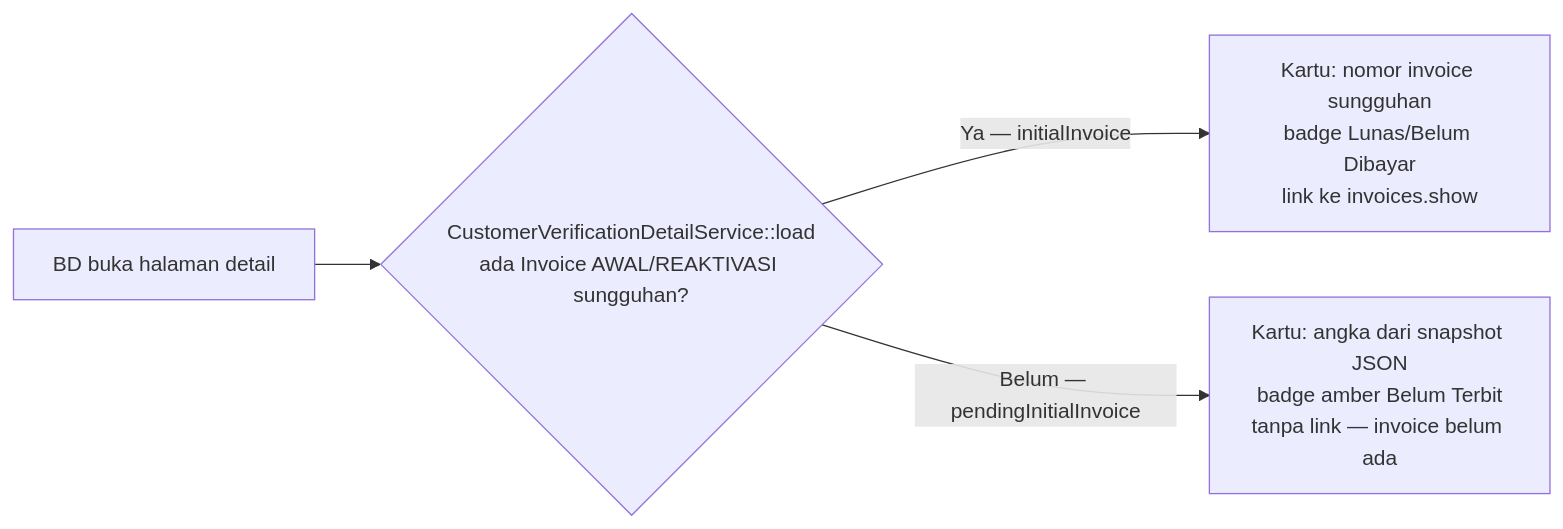
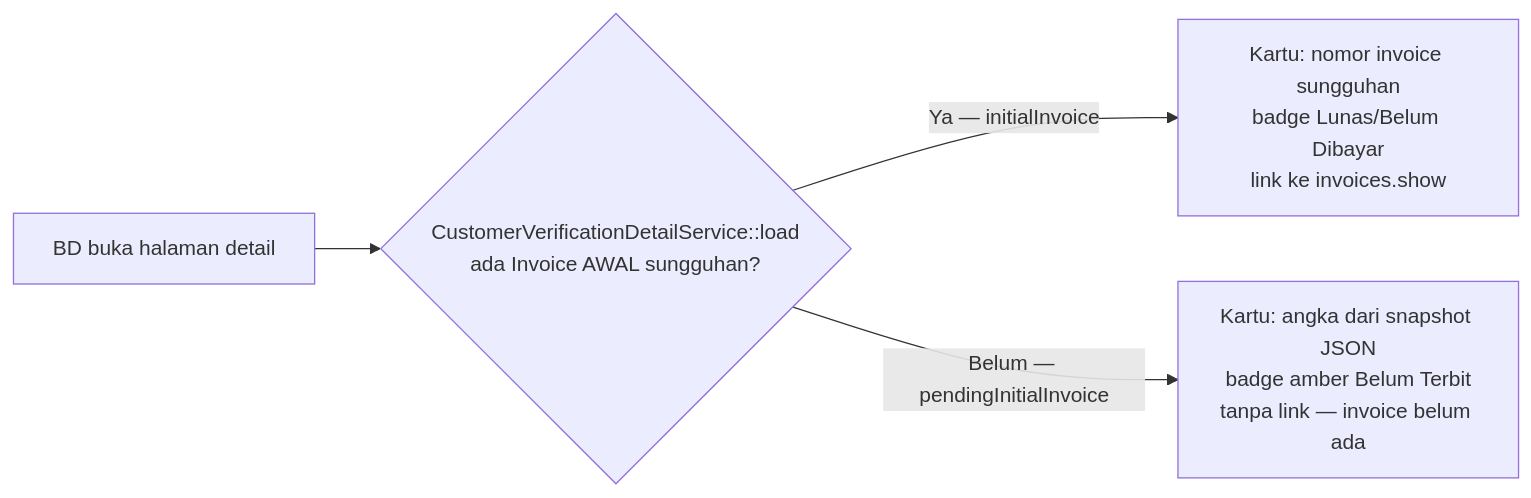
Before and after one commit to YofhiFauda/whusnet-operasional: the second of 2 diagrams in docs/business-development/flowchart.md, drawn with Mermaid. The commit also changed 153 other files, not shown here.

````diff
--- a/docs/business-development/flowchart.md
+++ b/docs/business-development/flowchart.md
@@ -34,6 +34,6 @@
 ```mermaid
 flowchart LR
-    Q[BD buka halaman detail] --> R{CustomerVerificationDetailService::load<br/>ada Invoice AWAL/REAKTIVASI sungguhan?}
+    Q[BD buka halaman detail] --> R{CustomerVerificationDetailService::load<br/>ada Invoice AWAL sungguhan?}
     R -->|Ya — initialInvoice| S[Kartu: nomor invoice sungguhan<br/>badge Lunas/Belum Dibayar<br/>link ke invoices.show]
     R -->|Belum — pendingInitialInvoice| T[Kartu: angka dari snapshot JSON<br/>badge amber Belum Terbit<br/>tanpa link — invoice belum ada]
 ```
````
